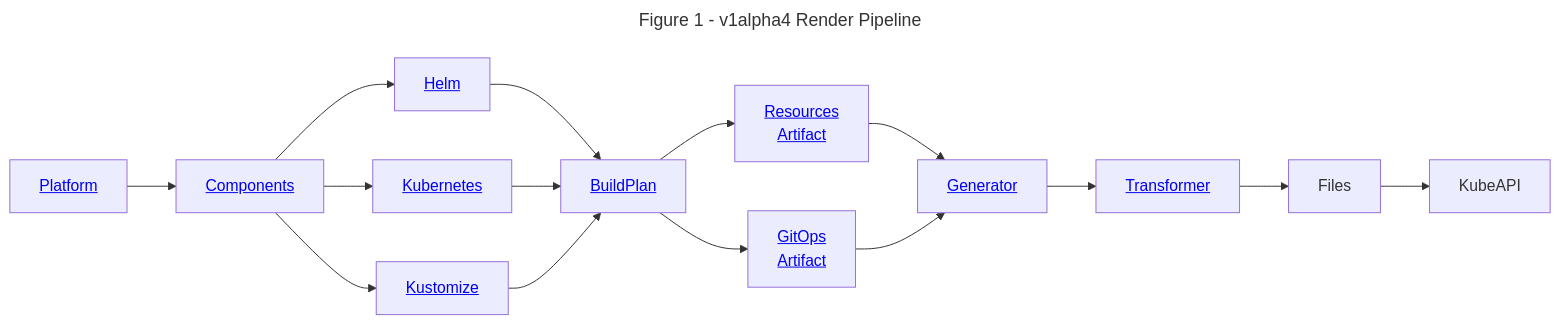
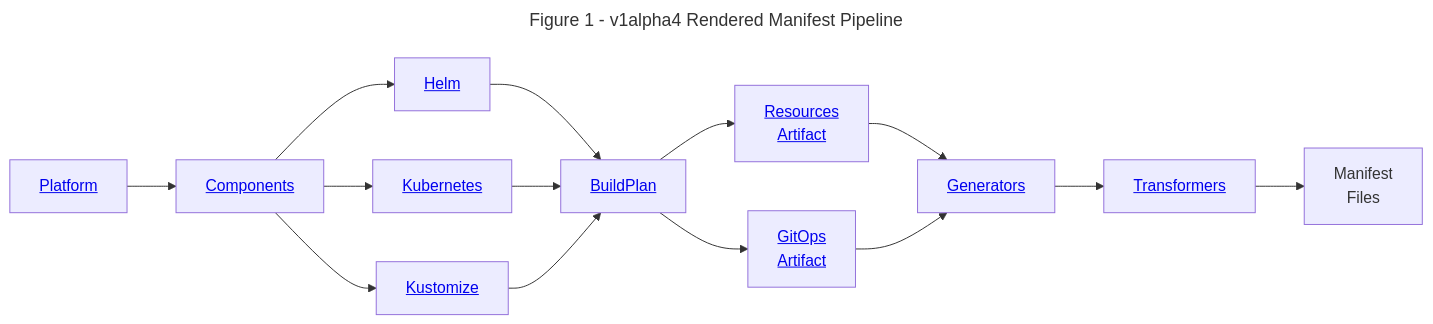
Before and after one commit to holos-run/holos: the diagram in doc/md/technical-overview.md, drawn with Mermaid.

Commit message:
docs: update rendered manifest figure in technical overview
It's too wide with KubeAPI, take it out.

````diff
--- a/doc/md/technical-overview.md
+++ b/doc/md/technical-overview.md
@@ -46,30 +46,31 @@
 ```mermaid
 ---
-title: Figure 1 - v1alpha4 Render Pipeline
+title: Figure 1 - v1alpha4 Rendered Manifest Pipeline
 ---
 graph LR
     Platform[<a href="/docs/api/author/v1alpha4/#Platform">Platform</a>]
     Component[<a href="/docs/api/author/v1alpha4/#ComponentConfig">Components</a>]
 
     Helm[<a href="/docs/api/author/v1alpha4/#Helm">Helm</a>]
     Kustomize[<a href="/docs/api/author/v1alpha4/#Kustomize">Kustomize</a>]
     Kubernetes[<a href="/docs/api/author/v1alpha4/#Kubernetes">Kubernetes</a>]
 
     BuildPlan[<a href="/docs/api/core/v1alpha4/#buildplan">BuildPlan</a>]
 
     ResourcesArtifact[<a href="/docs/api/core/v1alpha4/#artifact">Resources<br/>Artifact</a>]
     GitOpsArtifact[<a href="/docs/api/core/v1alpha4/#artifact">GitOps<br/>Artifact</a>]
 
-    Generator[<a href="/docs/api/core/v1alpha4/#generators">Generator</a>]
-    Transformer[<a href="/docs/api/core/v1alpha4/#transformer">Transformer</a>]
+    Generators[<a href="/docs/api/core/v1alpha4/#generators">Generators</a>]
+    Transformers[<a href="/docs/api/core/v1alpha4/#transformer">Transformers</a>]
+    Files[Manifest<br/>Files]
 
     Platform --> Component
     Component --> Helm --> BuildPlan
     Component --> Kubernetes --> BuildPlan
     Component --> Kustomize --> BuildPlan
 
-    BuildPlan --> ResourcesArtifact --> Generator
-    BuildPlan --> GitOpsArtifact --> Generator
+    BuildPlan --> ResourcesArtifact --> Generators
+    BuildPlan --> GitOpsArtifact --> Generators
 
-    Generator --> Transformer --> Files --> KubeAPI
+    Generators --> Transformers --> Files
 ```
````
